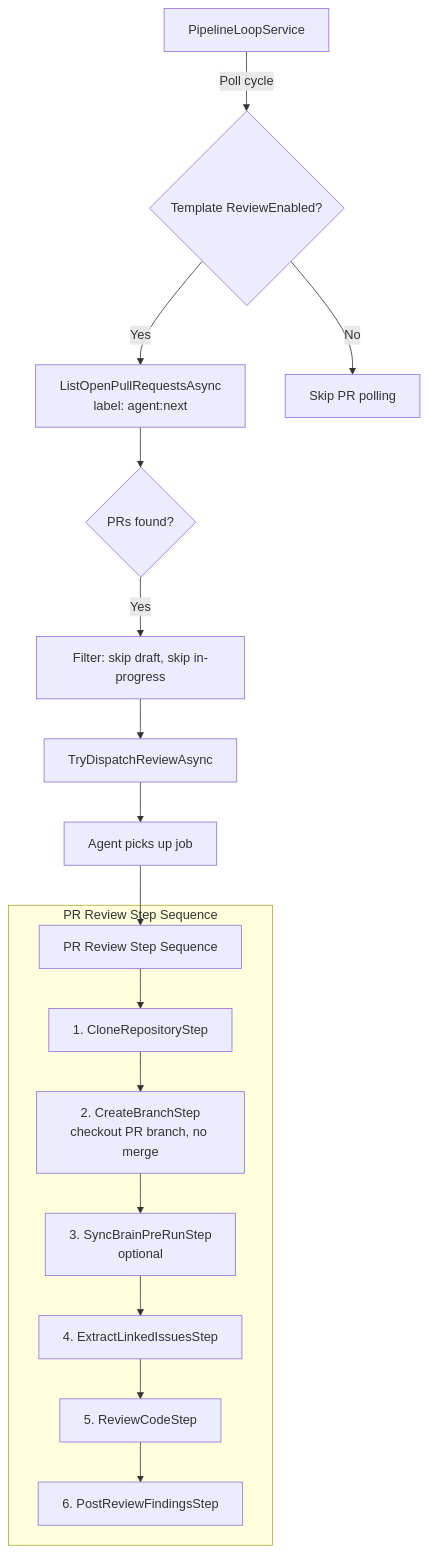
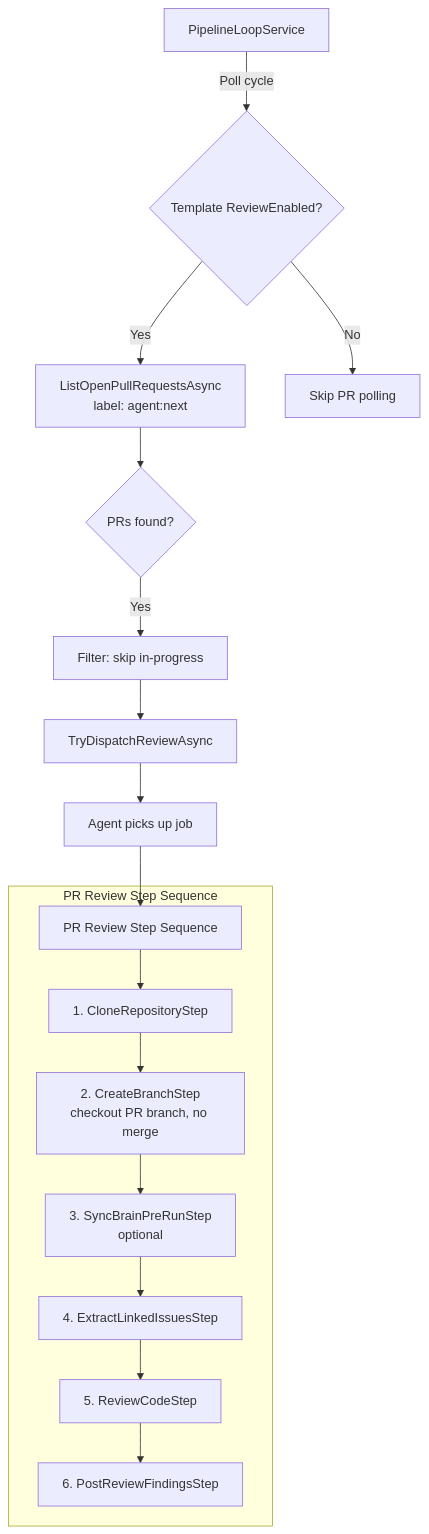
One commit to Chemsorly/coding-agent-automation changed the fifth of 8 diagrams in docs/pipeline-orchestration.md. Above: the diagram before and after it, drawn with Mermaid. The commit also changed other lines of this file and 24 other files, not shown here.

````diff
--- a/docs/pipeline-orchestration.md
+++ b/docs/pipeline-orchestration.md
@@ -202,20 +202,20 @@
 ```mermaid
 flowchart TD
     A[PipelineLoopService] -->|Poll cycle| B{Template ReviewEnabled?}
     B -->|Yes| C[ListOpenPullRequestsAsync<br/>label: agent:next]
     B -->|No| D[Skip PR polling]
     C --> E{PRs found?}
-    E -->|Yes| F[Filter: skip draft, skip in-progress]
+    E -->|Yes| F[Filter: skip in-progress]
     F --> G[TryDispatchReviewAsync]
     G --> H[Agent picks up job]
     H --> I[PR Review Step Sequence]
     
     subgraph "PR Review Step Sequence"
         I --> S1[1. CloneRepositoryStep]
         S1 --> S2[2. CreateBranchStep<br/>checkout PR branch, no merge]
         S2 --> S3[3. SyncBrainPreRunStep<br/>optional]
         S3 --> S4[4. ExtractLinkedIssuesStep]
         S4 --> S5[5. ReviewCodeStep]
         S5 --> S6[6. PostReviewFindingsStep]
     end
 ```
````
